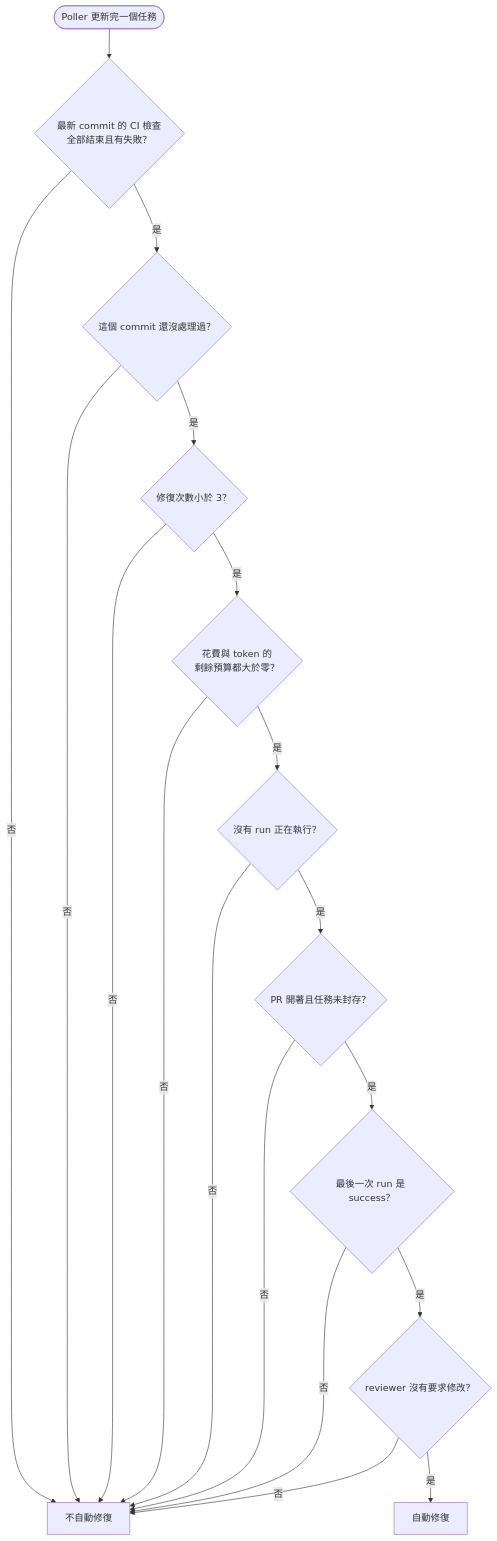
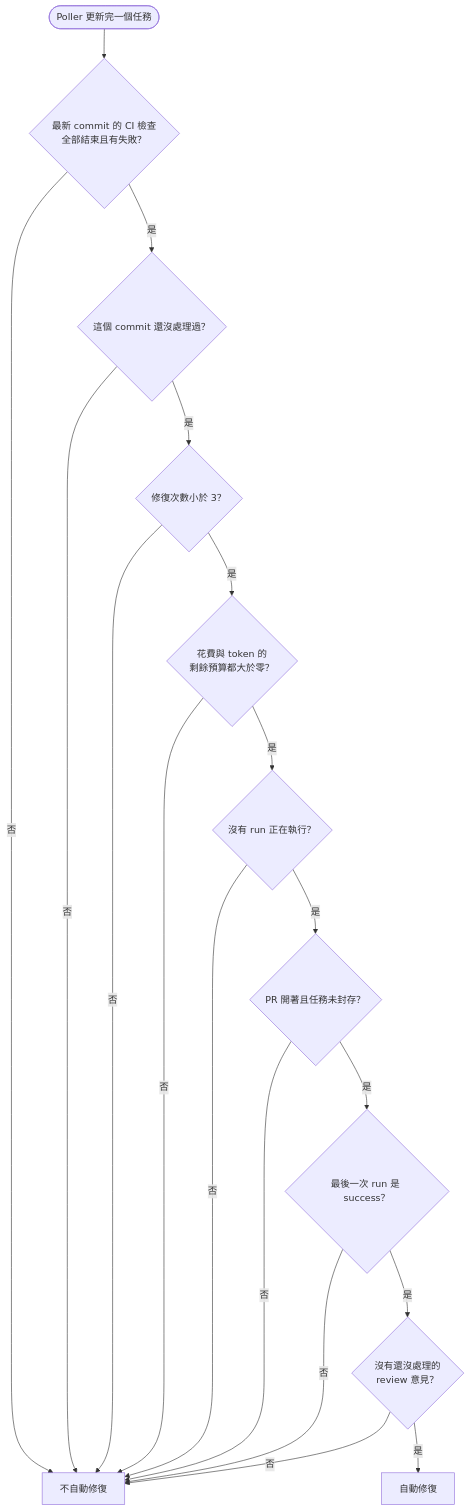
One commit to ppoozine/agent-supervisor changed the eighth of 18 diagrams in docs/06-diagrams.md. Above: the diagram before and after it, drawn with Mermaid. The commit also changed other lines of this file and 5 other files, not shown here.

````diff
--- a/docs/06-diagrams.md
+++ b/docs/06-diagrams.md
@@ -302,20 +306,20 @@
 ```mermaid
 flowchart TD
     start(["Poller 更新完一個任務"]) --> c1{"最新 commit 的 CI 檢查<br/>全部結束且有失敗？"}
     c1 -->|"否"| no["不自動修復"]
     c1 -->|"是"| c2{"這個 commit 還沒處理過？"}
     c2 -->|"否"| no
     c2 -->|"是"| c3{"修復次數小於 3？"}
     c3 -->|"否"| no
     c3 -->|"是"| c4{"花費與 token 的<br/>剩餘預算都大於零？"}
     c4 -->|"否"| no
     c4 -->|"是"| c5{"沒有 run 正在執行？"}
     c5 -->|"否"| no
     c5 -->|"是"| c6{"PR 開著且任務未封存？"}
     c6 -->|"否"| no
     c6 -->|"是"| c7{"最後一次 run 是 success？"}
     c7 -->|"否"| no
-    c7 -->|"是"| c8{"reviewer 沒有要求修改？"}
+    c7 -->|"是"| c8{"沒有還沒處理的<br/>review 意見？"}
     c8 -->|"否"| no
     c8 -->|"是"| yes["自動修復"]
 ```
````
